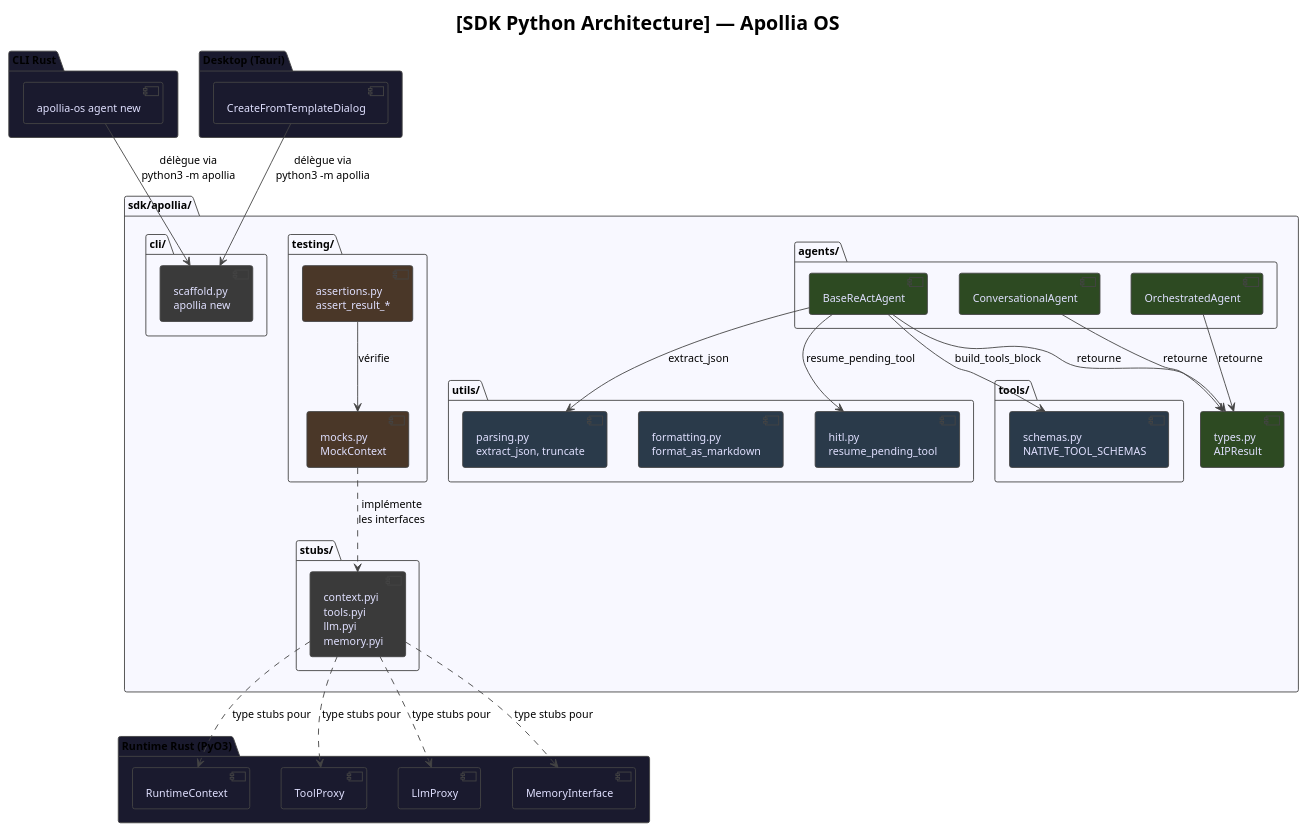
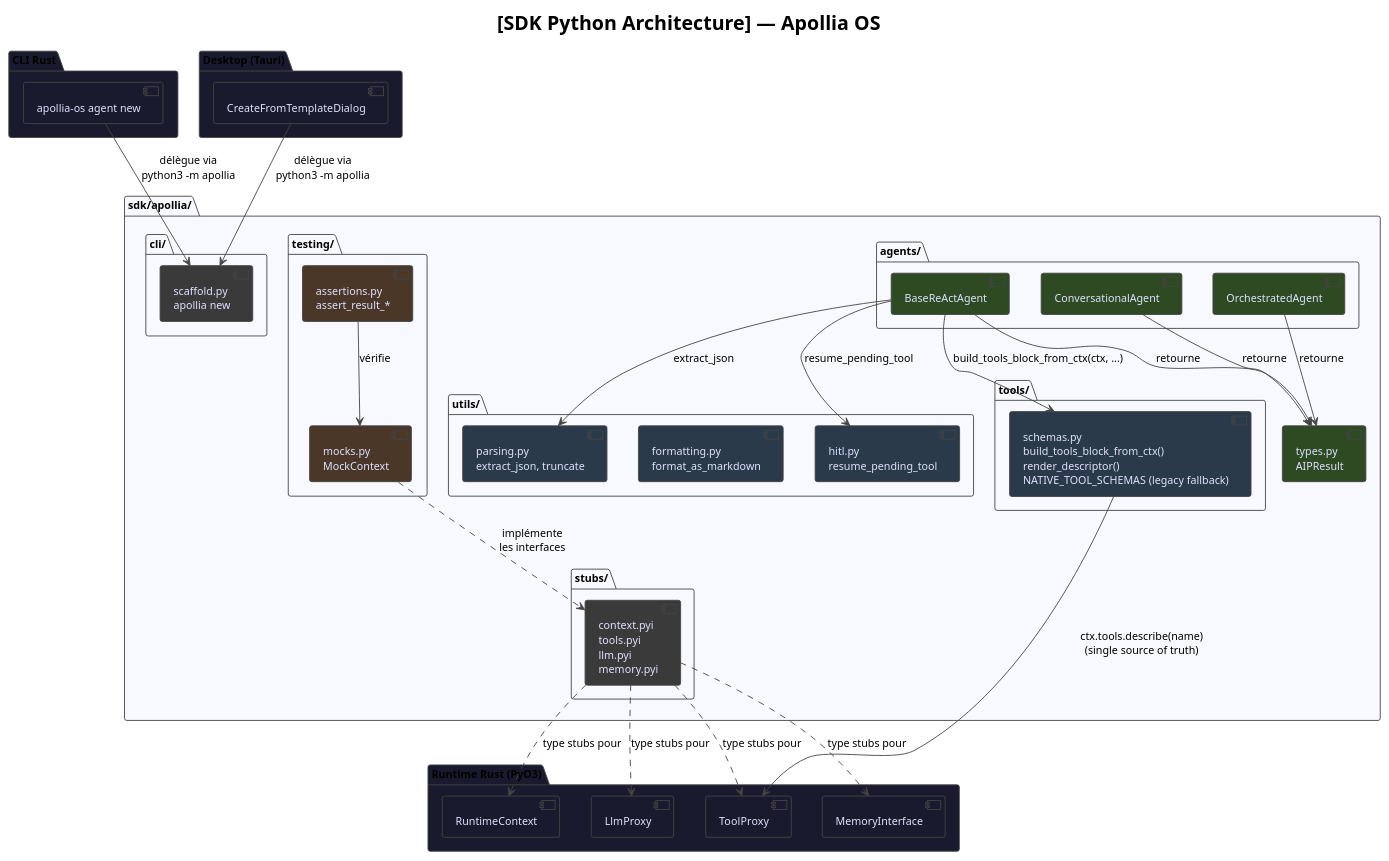
Before and after one commit to nidal-z/apollia-os: the diagram in docs/diagrams/component-sdk-architecture.puml, drawn with PlantUML. The commit also changed 11 other files, not shown here.

```diff
--- a/docs/diagrams/component-sdk-architecture.puml
+++ b/docs/diagrams/component-sdk-architecture.puml
@@ -1,88 +1,89 @@
 @startuml component-sdk-architecture
 !theme plain
 skinparam backgroundColor #FFFFFF
 skinparam defaultFontName "JetBrains Mono"
 skinparam defaultFontSize 12
 skinparam ArrowColor #444444
 skinparam BorderColor #444444
 title [SDK Python Architecture] — Apollia OS
 
 skinparam package {
   BackgroundColor #f8f8ff
   BorderColor #444444
 }
 
 skinparam component {
   BackgroundColor #1a1a2e
   FontColor #e0e0ff
   BorderColor #444444
 }
 
 package "sdk/apollia/" as sdk {
   component "types.py\nAIPResult" as types #2d4a22
 
   package "agents/" as agents {
     component "BaseReActAgent" as react #2d4a22
     component "ConversationalAgent" as conv #2d4a22
     component "OrchestratedAgent" as orch #2d4a22
   }
 
   package "utils/" as utils {
     component "parsing.py\nextract_json, truncate" as parsing #2a3a4a
     component "formatting.py\nformat_as_markdown" as formatting #2a3a4a
     component "hitl.py\nresume_pending_tool" as hitl #2a3a4a
   }
 
   package "tools/" as tools {
-    component "schemas.py\nNATIVE_TOOL_SCHEMAS" as schemas #2a3a4a
+    component "schemas.py\nbuild_tools_block_from_ctx()\nrender_descriptor()\nNATIVE_TOOL_SCHEMAS (legacy fallback)" as schemas #2a3a4a
   }
 
   package "testing/" as testing {
     component "mocks.py\nMockContext" as mocks #4a3728
     component "assertions.py\nassert_result_*" as assertions #4a3728
   }
 
   package "stubs/" as stubs {
     component "context.pyi\ntools.pyi\nllm.pyi\nmemory.pyi" as pyi #3a3a3a
   }
 
   package "cli/" as cli {
     component "scaffold.py\napollia new" as scaffold #3a3a3a
   }
 }
 
 package "Runtime Rust (PyO3)" as runtime #1a1a2e {
   component "RuntimeContext" as ctx
   component "ToolProxy" as tp
   component "LlmProxy" as lp
   component "MemoryInterface" as mi
 }
 
 package "CLI Rust" as clirs #1a1a2e {
   component "apollia-os agent new" as clinew
 }
 
 package "Desktop (Tauri)" as desktop #1a1a2e {
   component "CreateFromTemplateDialog" as dialog
 }
 
 react --> types : retourne
 conv --> types : retourne
 orch --> types : retourne
 
 react --> parsing : extract_json
-react --> schemas : build_tools_block
+react --> schemas : build_tools_block_from_ctx(ctx, ...)
+schemas --> tp : ctx.tools.describe(name)\n(single source of truth)
 react --> hitl : resume_pending_tool
 
 mocks ..> pyi : implémente\nles interfaces
 assertions --> mocks : vérifie
 
 pyi ..> ctx : type stubs pour
 pyi ..> tp : type stubs pour
 pyi ..> lp : type stubs pour
 pyi ..> mi : type stubs pour
 
 clinew --> scaffold : délègue via\npython3 -m apollia
 dialog --> scaffold : délègue via\npython3 -m apollia
 
 @enduml
```
